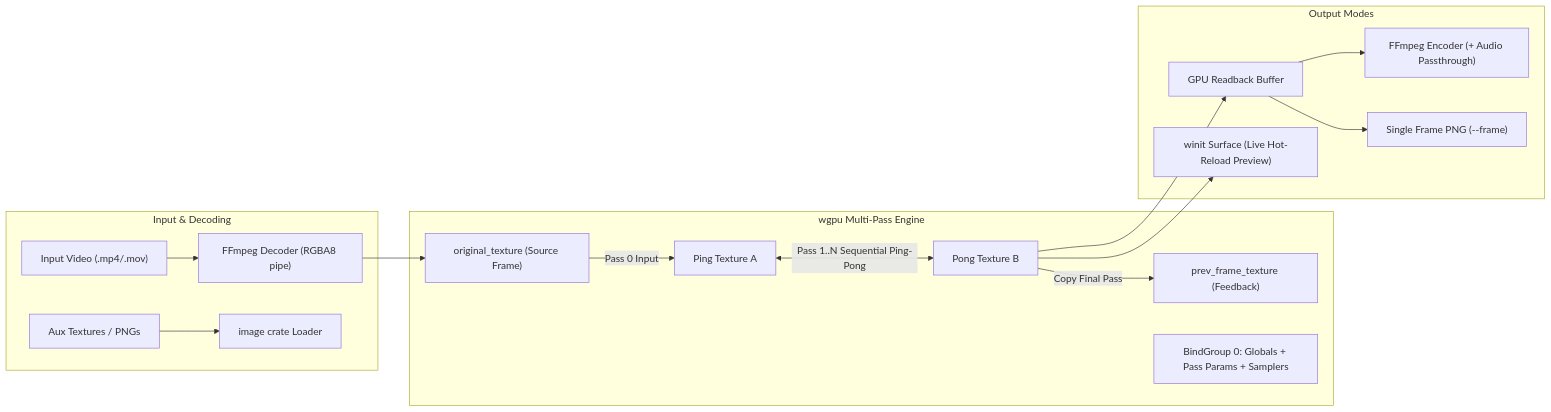
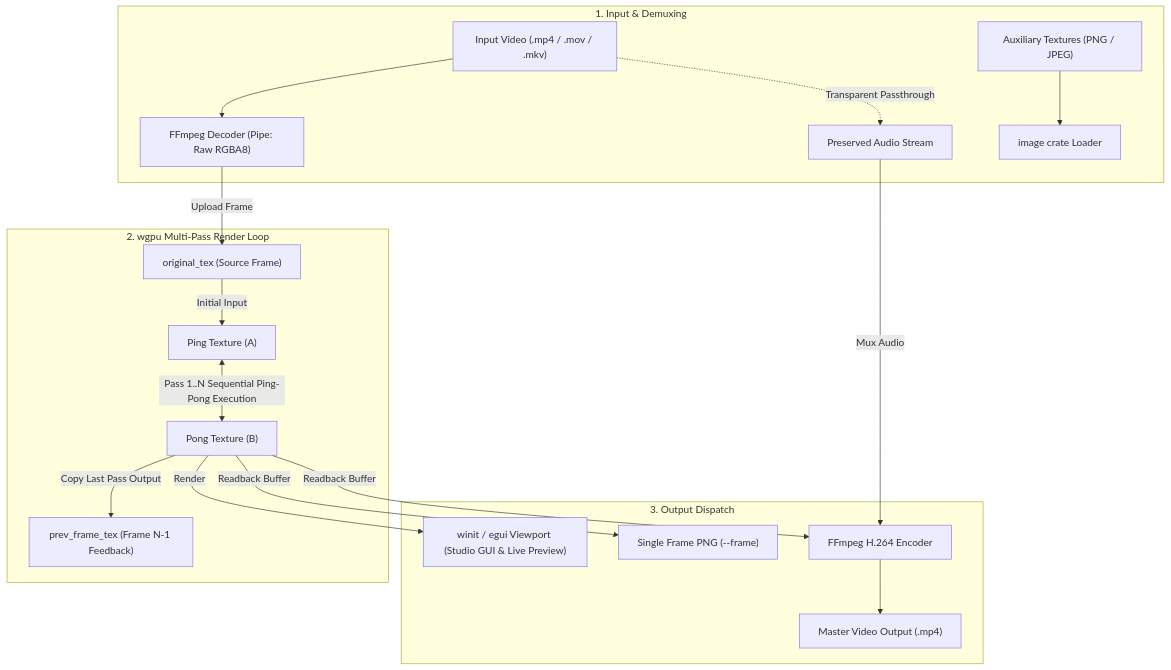
Before and after one commit to leouofa/ninja-shader: the second of 2 diagrams in README.md, drawn with Mermaid. The commit also changed other lines of this file and 1 other file, not shown here.

````diff
--- a/README.md
+++ b/README.md
@@ -23,27 +210,28 @@
 ```mermaid
-flowchart LR
-    subgraph Input["Input & Decoding"]
-        VID["Input Video (.mp4/.mov)"] --> FFMPEG_DEC["FFmpeg Decoder (RGBA8 pipe)"]
-        AUX["Aux Textures / PNGs"] --> TEX_LOAD["image crate Loader"]
+flowchart TD
+    subgraph Ingest["1. Input & Demuxing"]
+        VID["Input Video (.mp4 / .mov / .mkv)"] --> FFMPEG_DEC["FFmpeg Decoder (Pipe: Raw RGBA8)"]
+        VID -.->|"Transparent Passthrough"| AUDIO["Preserved Audio Stream"]
+        AUX["Auxiliary Textures (PNG / JPEG)"] --> IMG_LOAD["image crate Loader"]
     end
 
-    subgraph GPU["wgpu Multi-Pass Engine"]
-        ORIG["original_texture (Source Frame)"]
-        PING["Ping Texture A"]
-        PONG["Pong Texture B"]
-        PREV["prev_frame_texture (Feedback)"]
-        UBO["BindGroup 0: Globals + Pass Params + Samplers"]
-
-        FFMPEG_DEC --> ORIG
-        ORIG -->|"Pass 0 Input"| PING
-        PING <-->|"Pass 1..N Sequential Ping-Pong"| PONG
-        PONG -->|"Copy Final Pass"| PREV
+    subgraph GPU["2. wgpu Multi-Pass Render Loop"]
+        ORIG["original_tex (Source Frame)"]
+        PREV["prev_frame_tex (Frame N-1 Feedback)"]
+        PING["Ping Texture (A)"]
+        PONG["Pong Texture (B)"]
+        
+        FFMPEG_DEC -->|"Upload Frame"| ORIG
+        ORIG -->|"Initial Input"| PING
+        PING <-->|"Pass 1..N Sequential Ping-Pong Execution"| PONG
+        PONG -->|"Copy Last Pass Output"| PREV
     end
 
-    subgraph Output["Output Modes"]
-        PONG --> READBACK["GPU Readback Buffer"]
-        READBACK --> FFMPEG_ENC["FFmpeg Encoder (+ Audio Passthrough)"]
-        READBACK --> PNG_OUT["Single Frame PNG (--frame)"]
-        PONG --> WINIT["winit Surface (Live Hot-Reload Preview)"]
+    subgraph Dispatch["3. Output Dispatch"]
+        PONG -->|"Render"| WINIT["winit / egui Viewport (Studio GUI & Live Preview)"]
+        PONG -->|"Readback Buffer"| PNG_EXPORT["Single Frame PNG (--frame)"]
+        PONG -->|"Readback Buffer"| FFMPEG_ENC["FFmpeg H.264 Encoder"]
+        AUDIO -->|"Mux Audio"| FFMPEG_ENC
+        FFMPEG_ENC --> FINAL["Master Video Output (.mp4)"]
     end
 ```
````
